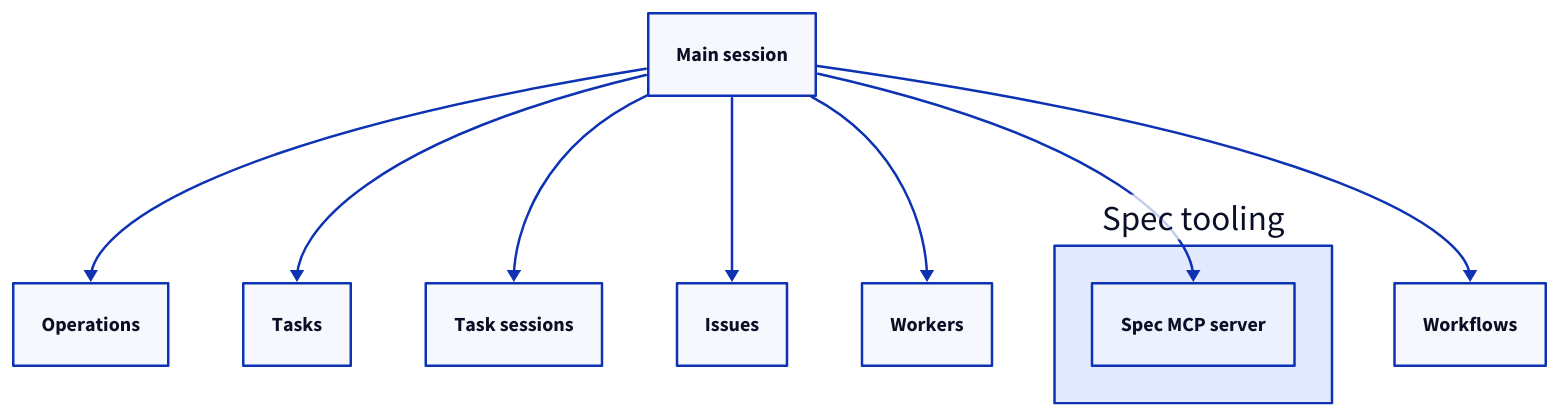
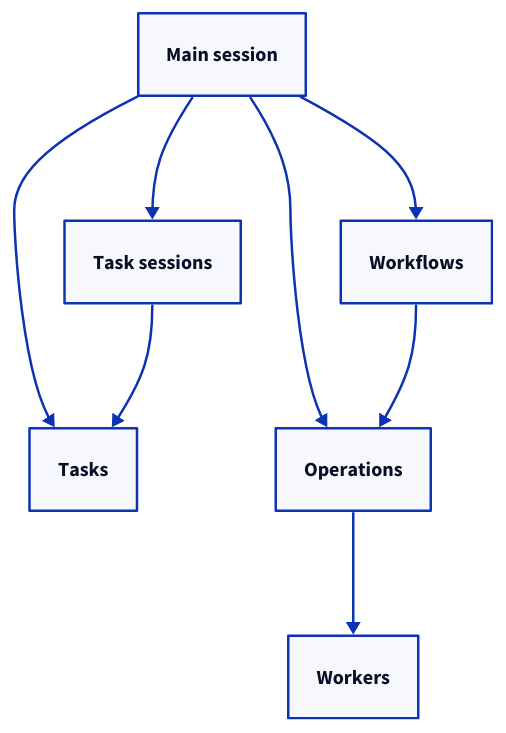
The second of 4 diagrams in specs/concorde/agents/main-session/module.md (FTOD/concorde), drawn with D2 before and after one commit. The commit also changed other lines of this file and 43 other files, not shown here.

````diff
--- a/specs/concorde/agents/main-session/module.md
+++ b/specs/concorde/agents/main-session/module.md
@@ -312,19 +267,15 @@
 ```d2
 mainsession: Main session
-operations: Operations
 tasks: Tasks
 tasksession: Task sessions
-issues: Issues
+workflows: Workflows
+operations: Operations
 workers: Workers
-mainsession -> workers
+mainsession -> tasks
 mainsession -> tasksession
-tooling: Spec tooling {
-  mcp: Spec MCP server
-}
-workflows: Workflows
+mainsession -> workflows
 mainsession -> operations
-mainsession -> tasks
-mainsession -> workflows
-mainsession -> issues
-mainsession -> tooling.mcp
+tasksession -> tasks
+workflows -> operations
+operations -> workers
 ```
````
